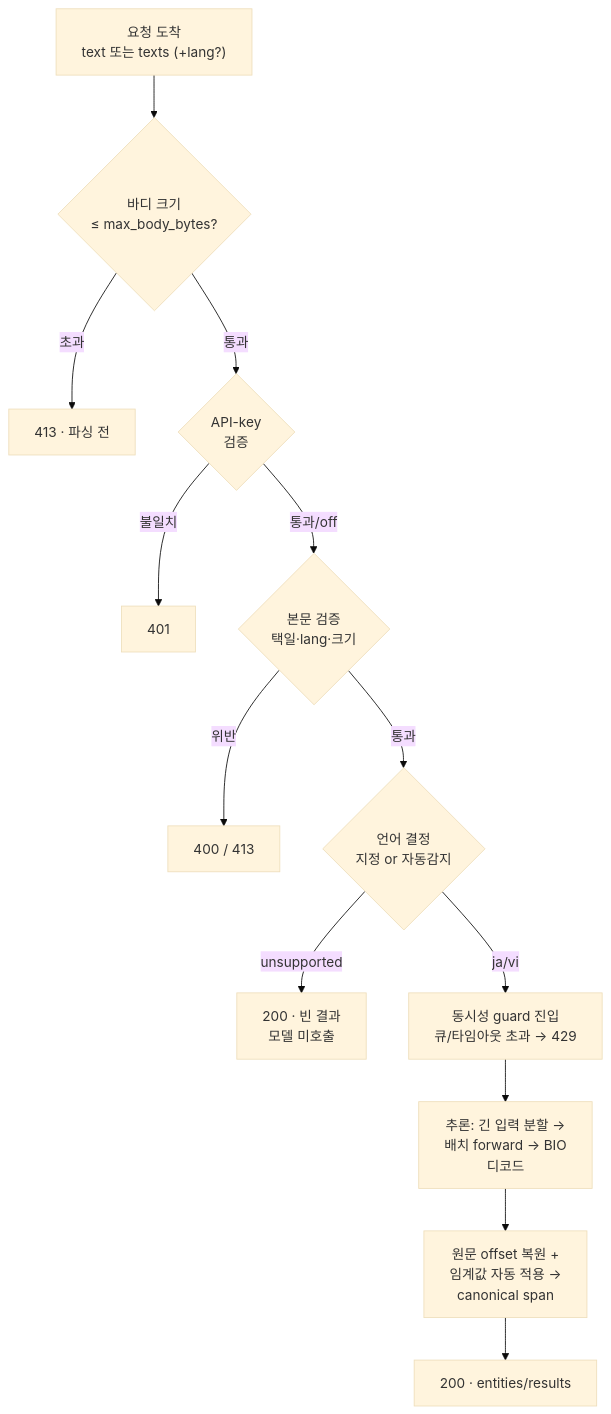
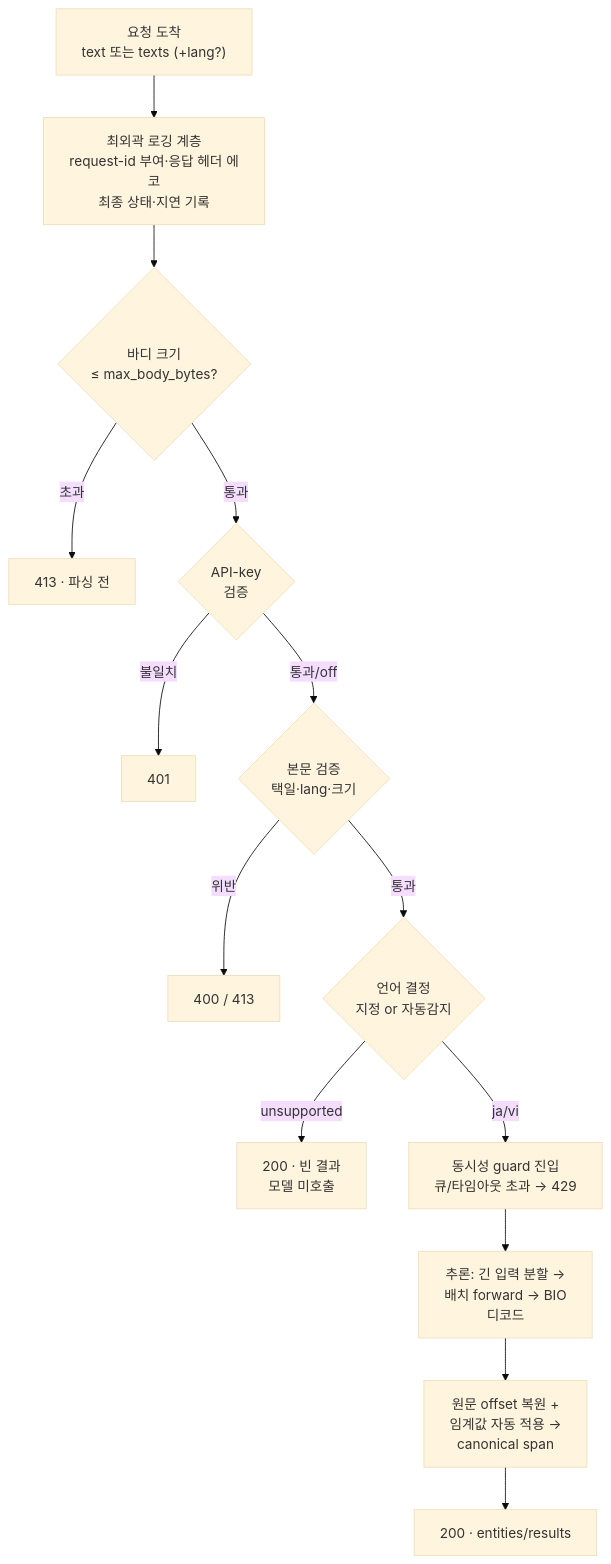
Before and after one commit to groovallstar/ner-pipeline-public: the diagram in docs/manual/rest-api-spec.md, drawn with Mermaid (base theme). The commit also changed other lines of this file, not shown here.

````diff
--- a/docs/manual/rest-api-spec.md
+++ b/docs/manual/rest-api-spec.md
@@ -282,15 +323,16 @@
 ```mermaid
 flowchart TD
-    REQ["요청 도착<br/>text 또는 texts (+lang?)"] --> BODY{"바디 크기<br/>≤ max_body_bytes?"}
+    REQ["요청 도착<br/>text 또는 texts (+lang?)"] --> RID["최외곽 로깅 계층<br/>request-id 부여·응답 헤더 에코<br/>최종 상태·지연 기록"]
+    RID --> BODY{"바디 크기<br/>≤ max_body_bytes?"}
     BODY -->|초과| E413B["413 · 파싱 전"]
     BODY -->|통과| AUTH{"API-key<br/>검증"}
     AUTH -->|불일치| E401["401"]
     AUTH -->|통과/off| VAL{"본문 검증<br/>택일·lang·크기"}
     VAL -->|위반| ERR["400 / 413"]
     VAL -->|통과| LANG{"언어 결정<br/>지정 or 자동감지"}
     LANG -->|unsupported| EMPTY["200 · 빈 결과<br/>모델 미호출"]
     LANG -->|ja/vi| GUARD["동시성 guard 진입<br/>큐/타임아웃 초과 → 429"]
     GUARD --> INFER["추론: 긴 입력 분할 →<br/>배치 forward → BIO<br/>디코드"]
     INFER --> CANON["원문 offset 복원 +<br/>임계값 자동 적용 →<br/>canonical span"]
     CANON --> OK["200 · entities/results"]
 ```
````
